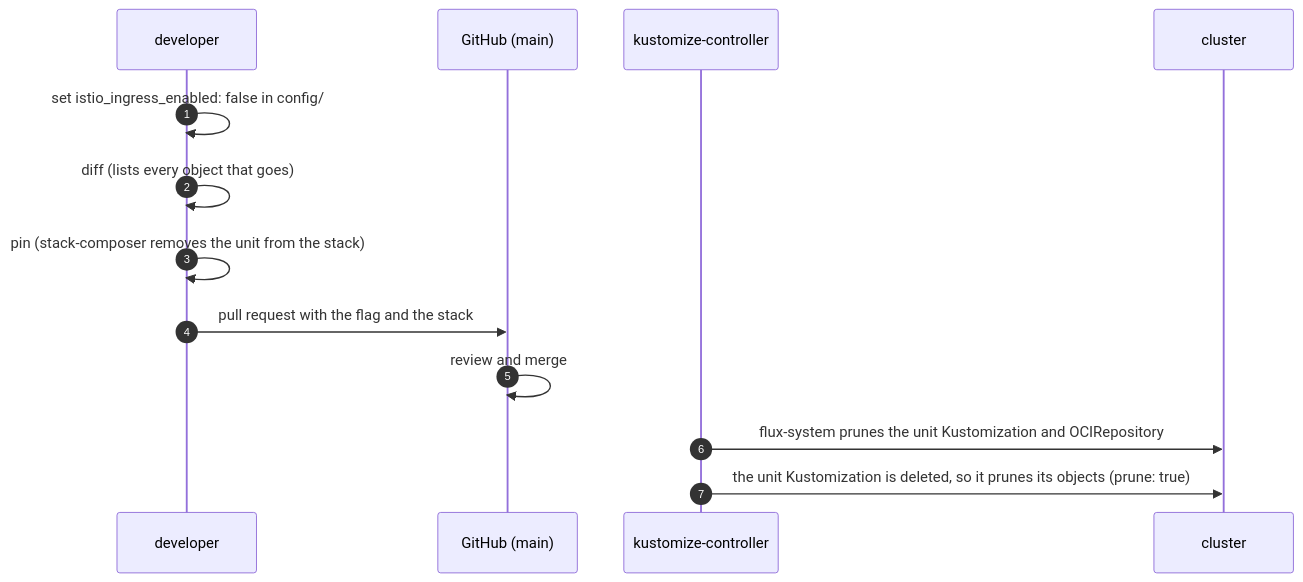
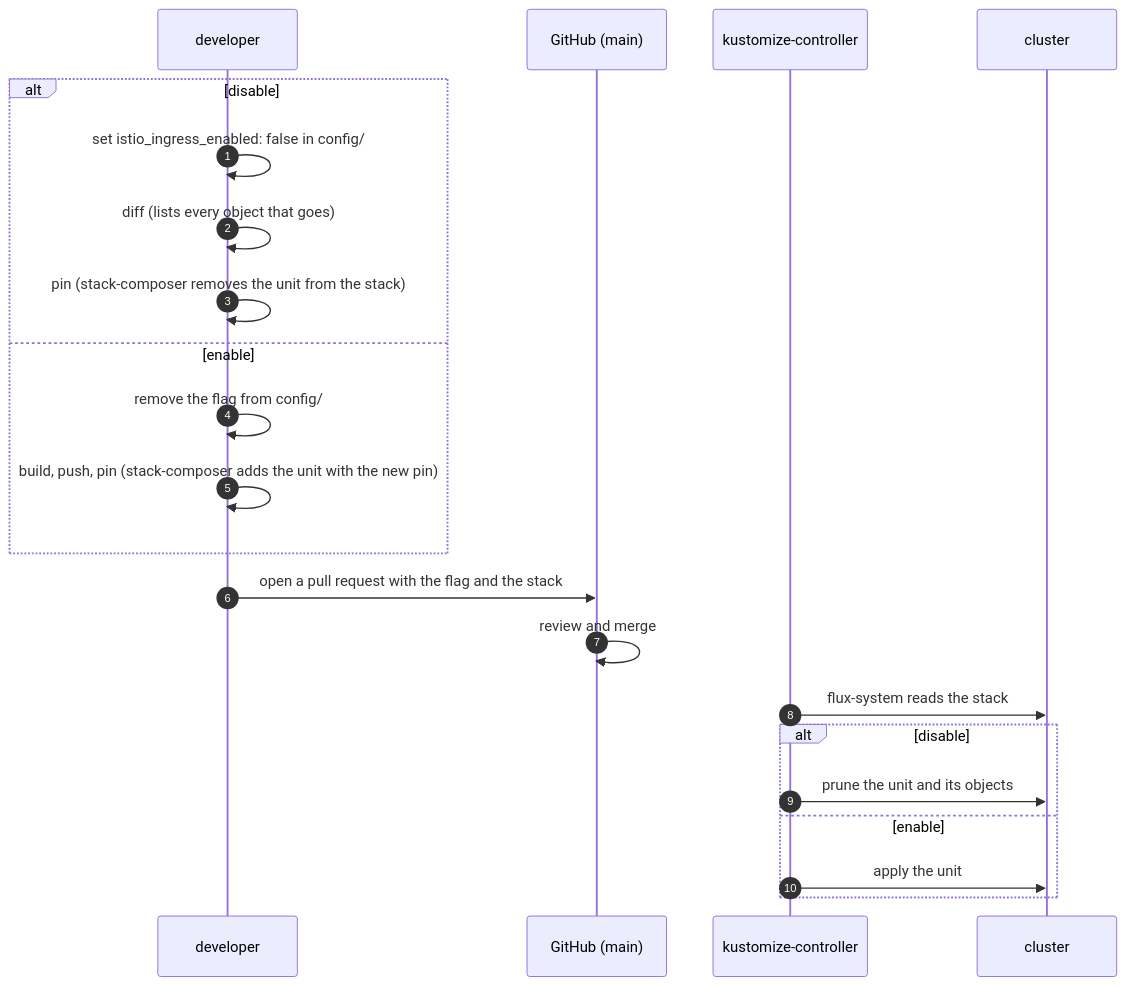
The third of 3 diagrams in code/mcp-sandbox/part-3-mcp-guardrails/docs/orchestration.md (raghav19/engineersdaybook), drawn with Mermaid before and after one commit. The commit also changed other lines of this file and 1 other file, not shown here.

````diff
--- a/code/mcp-sandbox/part-3-mcp-guardrails/docs/orchestration.md
+++ b/code/mcp-sandbox/part-3-mcp-guardrails/docs/orchestration.md
@@ -170,16 +94,25 @@
 ```mermaid
 sequenceDiagram
     autonumber
     participant D as developer
     participant G as GitHub (main)
     participant C as kustomize-controller
     participant K as cluster
 
-    D->>D: set istio_ingress_enabled: false in config/
-    D->>D: diff (lists every object that goes)
-    D->>D: pin (stack-composer removes the unit from the stack)
-    D->>G: pull request with the flag and the stack
+    alt disable
+        D->>D: set istio_ingress_enabled: false in config/
+        D->>D: diff (lists every object that goes)
+        D->>D: pin (stack-composer removes the unit from the stack)
+    else enable
+        D->>D: remove the flag from config/
+        D->>D: build, push, pin (stack-composer adds the unit with the new pin)
+    end
+    D->>G: open a pull request with the flag and the stack
     G->>G: review and merge
-    C->>K: flux-system prunes the unit Kustomization and OCIRepository
-    C->>K: the unit Kustomization is deleted, so it prunes its objects (prune: true)
+    C->>K: flux-system reads the stack
+    alt disable
+        C->>K: prune the unit and its objects
+    else enable
+        C->>K: apply the unit
+    end
 ```
````
